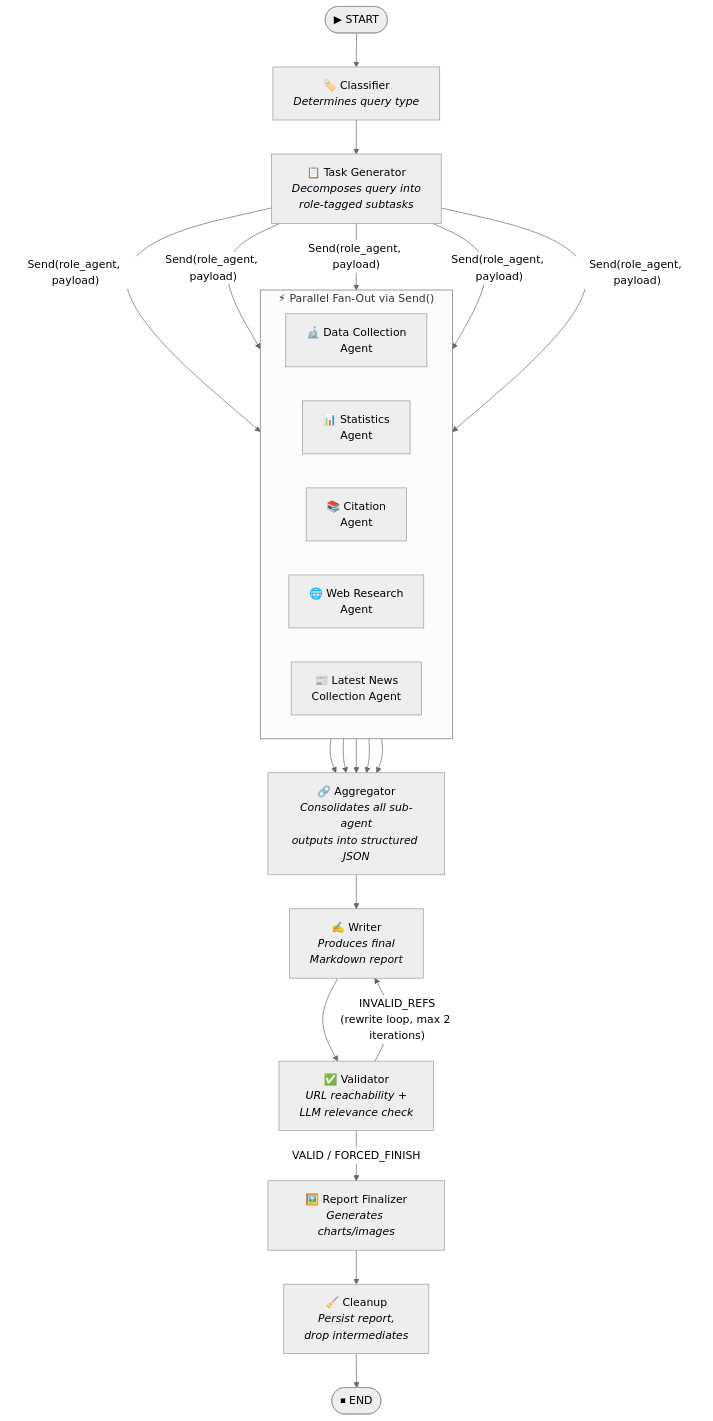
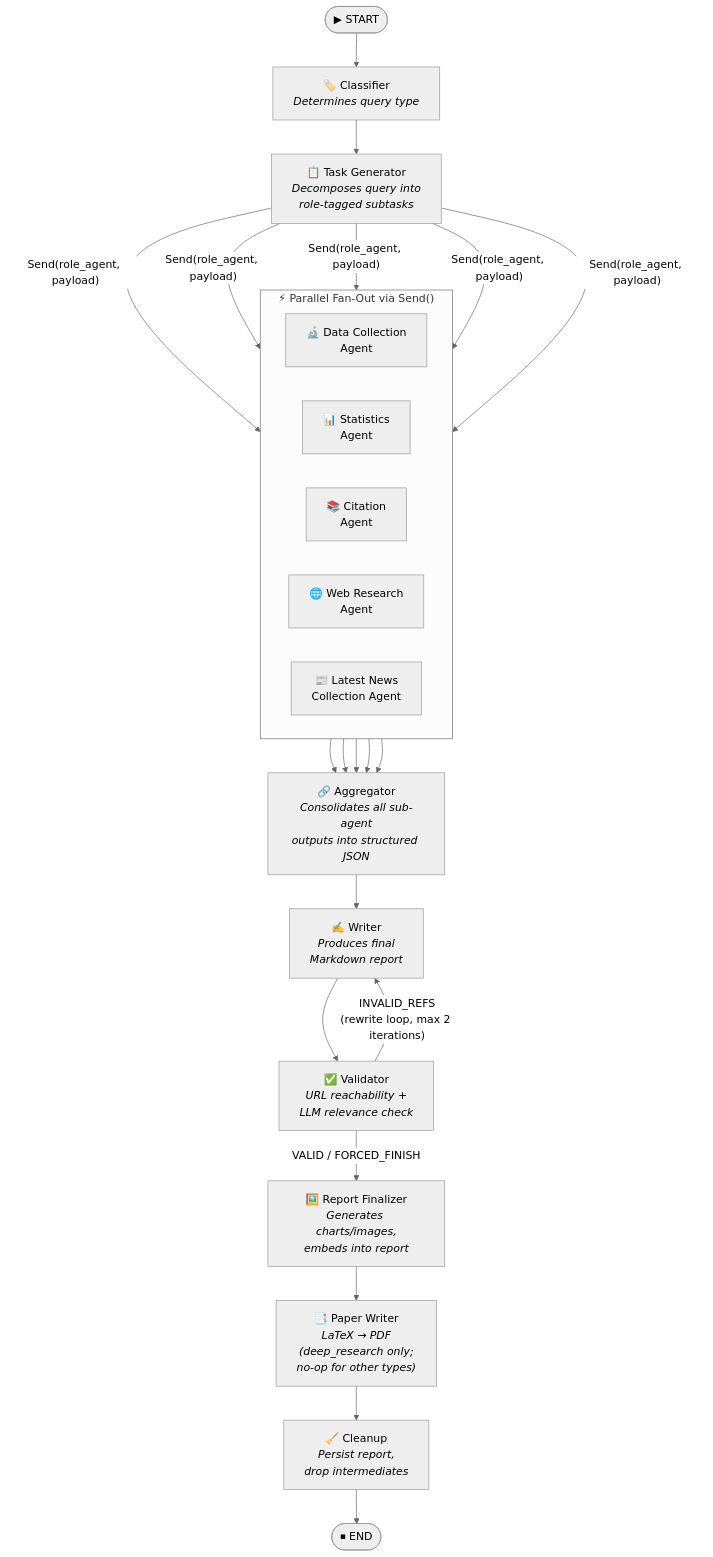
Before and after one commit to nishant5790/aion-ai-research: the first of 8 diagrams in backend/docs/LANGGRAPH_WORKFLOW.md, drawn with Mermaid (neutral theme). The commit also changed other lines of this file and 3 other files, not shown here.

````diff
--- a/backend/docs/LANGGRAPH_WORKFLOW.md
+++ b/backend/docs/LANGGRAPH_WORKFLOW.md
@@ -9,46 +9,47 @@
 ```mermaid
 flowchart TD
     START(["▶ START"])
 
     CLASSIFY["🏷️ Classifier<br/><i>Determines query type</i>"]
     TASKGEN["📋 Task Generator<br/><i>Decomposes query into<br/>role-tagged subtasks</i>"]
 
     subgraph FAN_OUT ["⚡ Parallel Fan-Out via Send()"]
         direction LR
         DC["🔬 Data Collection<br/>Agent"]
         STATS["📊 Statistics<br/>Agent"]
         CITE["📚 Citation<br/>Agent"]
         WR["🌐 Web Research<br/>Agent"]
         LNC["📰 Latest News<br/>Collection Agent"]
     end
 
     AGG["🔗 Aggregator<br/><i>Consolidates all sub-agent<br/>outputs into structured JSON</i>"]
     WRITER["✍️ Writer<br/><i>Produces final<br/>Markdown report</i>"]
     VALIDATOR["✅ Validator<br/><i>URL reachability +<br/>LLM relevance check</i>"]
     CLEANUP["🧹 Cleanup<br/><i>Persist report,<br/>drop intermediates</i>"]
 
     FINISH(["⏹ END"])
 
     START --> CLASSIFY
     CLASSIFY --> TASKGEN
     TASKGEN -->|"Send(role_agent, payload)"| DC
     TASKGEN -->|"Send(role_agent, payload)"| STATS
     TASKGEN -->|"Send(role_agent, payload)"| CITE
     TASKGEN -->|"Send(role_agent, payload)"| WR
     TASKGEN -->|"Send(role_agent, payload)"| LNC
 
     DC --> AGG
     STATS --> AGG
     CITE --> AGG
     WR --> AGG
     LNC --> AGG
 
     AGG --> WRITER
     WRITER --> VALIDATOR
 
-    VALIDATOR -->|"VALID / FORCED_FINISH"| RF["🖼️ Report Finalizer<br/><i>Generates charts/images</i>"]
+    VALIDATOR -->|"VALID / FORCED_FINISH"| RF["🖼️ Report Finalizer<br/><i>Generates charts/images,<br/>embeds into report</i>"]
     VALIDATOR -->|"INVALID_REFS<br/>(rewrite loop, max 2 iterations)"| WRITER
 
-    RF --> CLEANUP
+    RF --> PW["📑 Paper Writer<br/><i>LaTeX → PDF<br/>(deep_research only;<br/>no-op for other types)</i>"]
+    PW --> CLEANUP
     CLEANUP --> FINISH
 ```
````
